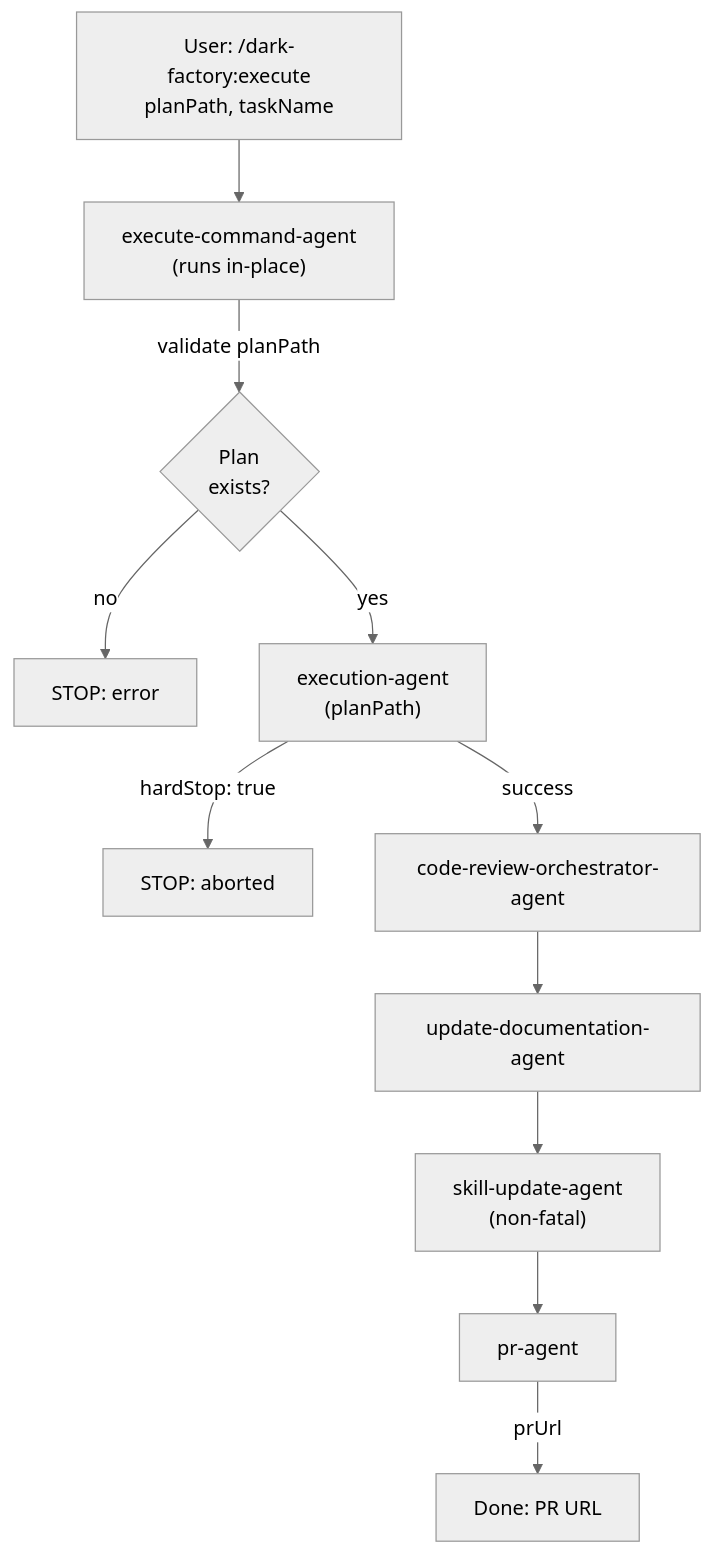
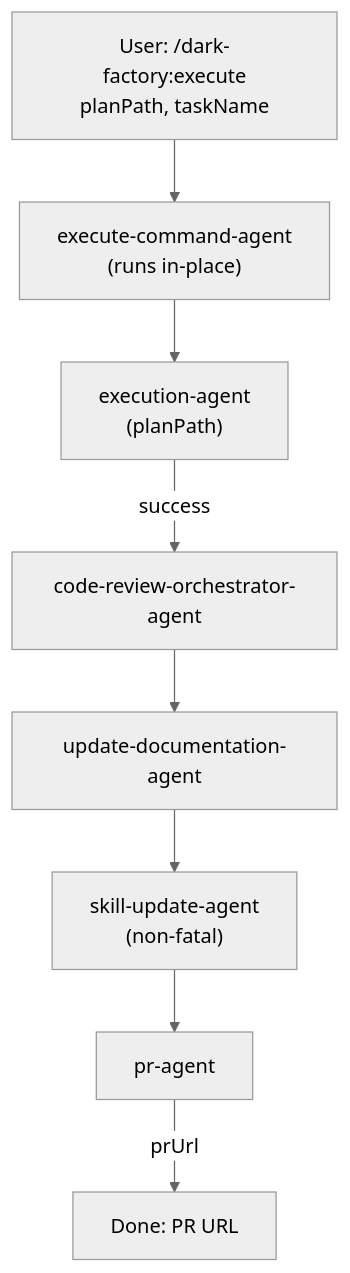
One commit to lewibs/dark-factory changed the diagram in docs/docs/execute-command-agent.md. Above: the diagram before and after it, drawn with Mermaid (neutral theme). The commit also changed other lines of this file and 11 other files, not shown here.

````diff
--- a/docs/docs/execute-command-agent.md
+++ b/docs/docs/execute-command-agent.md
@@ -13,18 +7,15 @@
 ```mermaid
 flowchart TD
-  User["User: /dark-factory:execute\nplanPath, taskName"] --> ECA
+  User["User: /dark-factory:execute<br/>planPath, taskName"] --> ECA
 
-  ECA["execute-command-agent\n(runs in-place)"]
+  ECA["execute-command-agent<br/>(runs in-place)"]
 
-  ECA -->|"validate planPath"| CHECK{"Plan\nexists?"}
-  CHECK -->|"no"| ERR["STOP: error"]
-  CHECK -->|"yes"| EA["execution-agent\n(planPath)"]
+  ECA --> EA["execution-agent<br/>(planPath)"]
 
-  EA -->|"hardStop: true"| ABORT["STOP: aborted"]
   EA -->|"success"| CRO["code-review-orchestrator-agent"]
 
   CRO --> UDA["update-documentation-agent"]
-  UDA --> SUA["skill-update-agent\n(non-fatal)"]
+  UDA --> SUA["skill-update-agent<br/>(non-fatal)"]
   SUA --> PRA["pr-agent"]
   PRA -->|"prUrl"| Done["Done: PR URL"]
 ```
````
